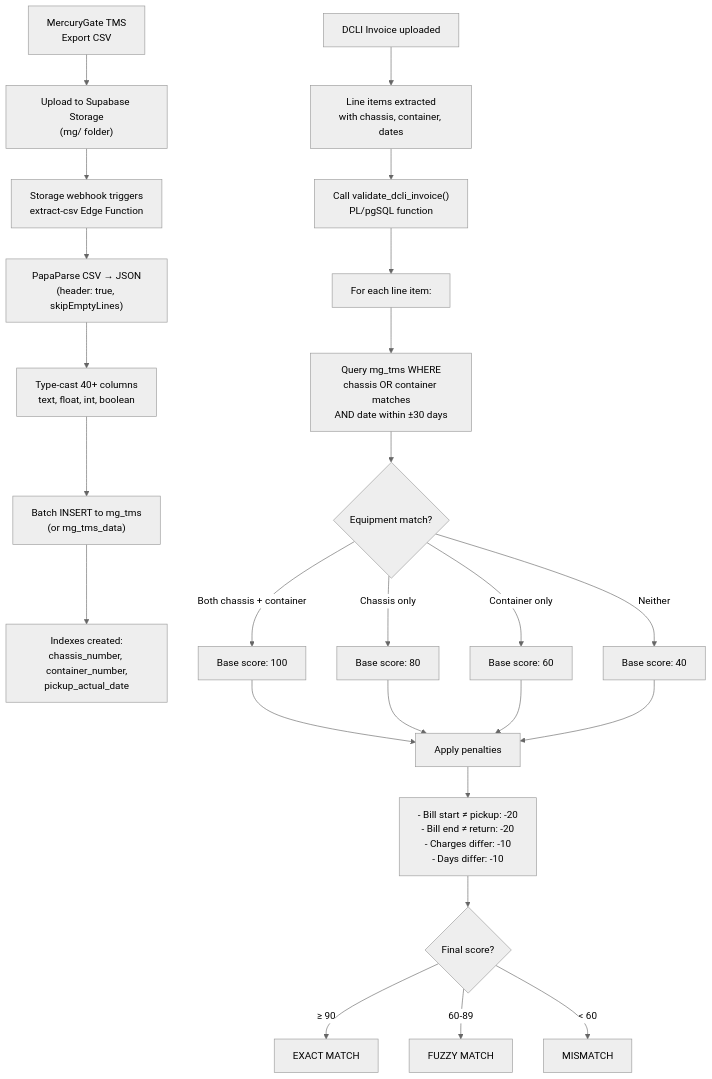
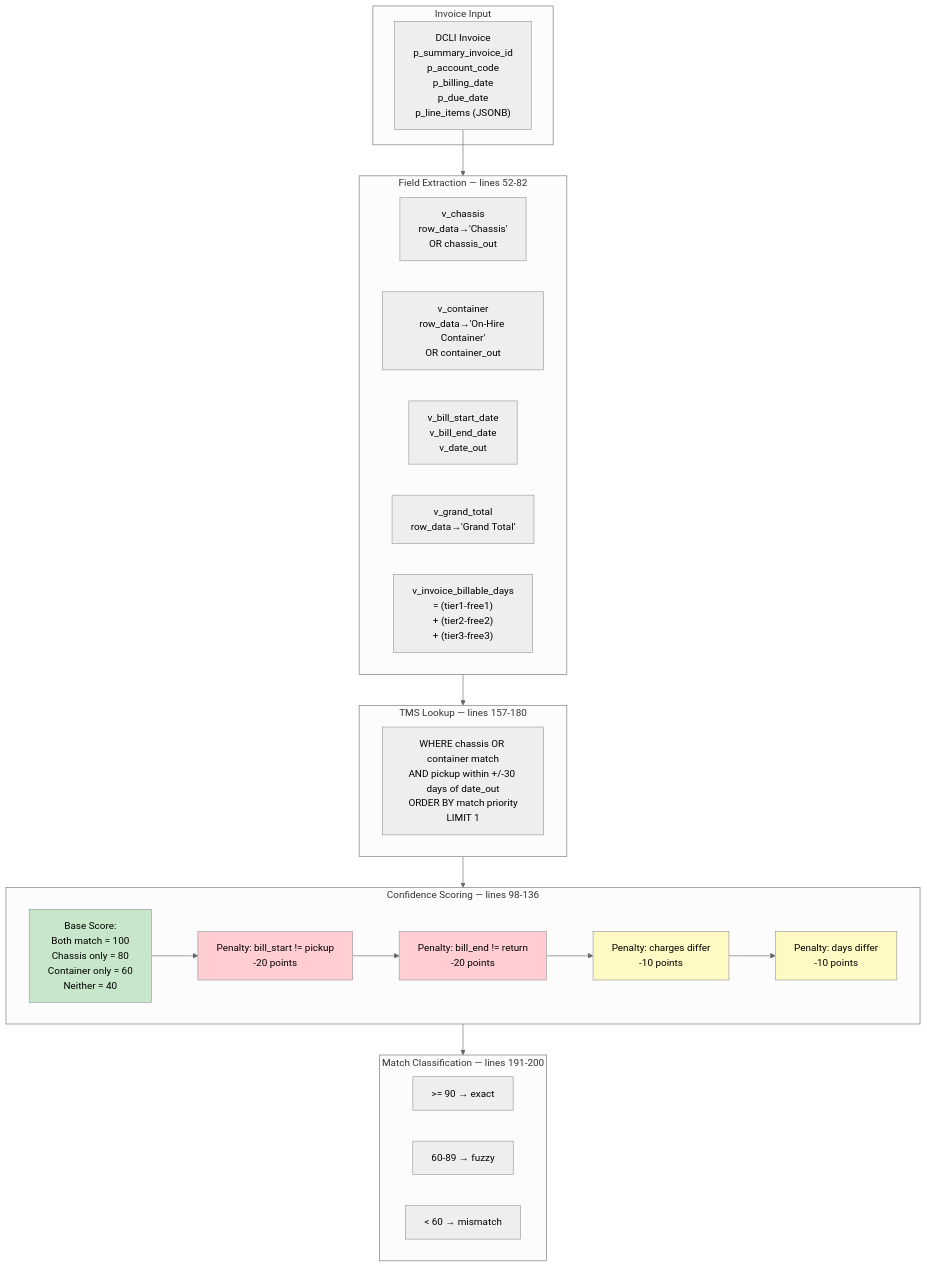
The fourth of 14 diagrams in BUSINESS_LOGIC_REPORT.md (RichKingsASU/chassis-compass-navigator), drawn with Mermaid (neutral theme) before and after one commit. The commit also changed other lines of this file, not shown here.

First line of the commit message:
Update BUSINESS_LOGIC_REPORT.md with PASS 2 — verified file:line refs, corrected data

````diff
--- a/BUSINESS_LOGIC_REPORT.md
+++ b/BUSINESS_LOGIC_REPORT.md
@@ -393,28 +309,44 @@
 ```mermaid
-flowchart TD
-    A["MercuryGate TMS<br/>Export CSV"] --> B["Upload to Supabase Storage<br/>(mg/ folder)"]
-    B --> C["Storage webhook triggers<br/>extract-csv Edge Function"]
-    C --> D["PapaParse CSV → JSON<br/>(header: true, skipEmptyLines)"]
-    D --> E["Type-cast 40+ columns<br/>text, float, int, boolean"]
-    E --> F["Batch INSERT to mg_tms<br/>(or mg_tms_data)"]
-    F --> G["Indexes created:<br/>chassis_number, container_number,<br/>pickup_actual_date"]
+flowchart TB
+    subgraph Input["Invoice Input"]
+        INV["DCLI Invoice<br/>p_summary_invoice_id<br/>p_account_code<br/>p_billing_date<br/>p_due_date<br/>p_line_items (JSONB)"]
+    end
 
-    H["DCLI Invoice uploaded"] --> I["Line items extracted<br/>with chassis, container, dates"]
-    I --> J["Call validate_dcli_invoice()<br/>PL/pgSQL function"]
-    J --> K["For each line item:"]
-    K --> L["Query mg_tms WHERE<br/>chassis OR container matches<br/>AND date within ±30 days"]
-    L --> M{"Equipment match?"}
-    M -->|Both chassis + container| N["Base score: 100"]
-    M -->|Chassis only| O["Base score: 80"]
-    M -->|Container only| P["Base score: 60"]
-    M -->|Neither| Q["Base score: 40"]
-    N --> R["Apply penalties"]
-    O --> R
-    P --> R
-    Q --> R
-    R --> S["- Bill start ≠ pickup: -20<br/>- Bill end ≠ return: -20<br/>- Charges differ: -10<br/>- Days differ: -10"]
-    S --> T{"Final score?"}
-    T -->|"≥ 90"| U["EXACT MATCH"]
-    T -->|"60-89"| V["FUZZY MATCH"]
-    T -->|"< 60"| W["MISMATCH"]
+    subgraph Extraction["Field Extraction — lines 52-82"]
+        CHASSIS["v_chassis<br/>row_data→'Chassis'<br/>OR chassis_out"]
+        CONTAINER["v_container<br/>row_data→'On-Hire Container'<br/>OR container_out"]
+        DATES["v_bill_start_date<br/>v_bill_end_date<br/>v_date_out"]
+        CHARGES["v_grand_total<br/>row_data→'Grand Total'"]
+        DAYS["v_invoice_billable_days<br/>= (tier1-free1)<br/>+ (tier2-free2)<br/>+ (tier3-free3)"]
+    end
+
+    subgraph Scoring["Confidence Scoring — lines 98-136"]
+        BASE["Base Score:<br/>Both match = 100<br/>Chassis only = 80<br/>Container only = 60<br/>Neither = 40"]
+        PEN1["Penalty: bill_start != pickup<br/>-20 points"]
+        PEN2["Penalty: bill_end != return<br/>-20 points"]
+        PEN3["Penalty: charges differ<br/>-10 points"]
+        PEN4["Penalty: days differ<br/>-10 points"]
+    end
+
+    subgraph Match["Match Classification — lines 191-200"]
+        EXACT[">= 90 → exact"]
+        FUZZY["60-89 → fuzzy"]
+        MISMATCH["< 60 → mismatch"]
+    end
+
+    subgraph TMS["TMS Lookup — lines 157-180"]
+        WHERE["WHERE chassis OR container match<br/>AND pickup within +/-30 days of date_out<br/>ORDER BY match priority<br/>LIMIT 1"]
+    end
+
+    INV --> Extraction
+    Extraction --> TMS
+    TMS --> Scoring
+    BASE --> PEN1 --> PEN2 --> PEN3 --> PEN4
+    Scoring --> Match
+
+    style BASE fill:#c8e6c9
+    style PEN1 fill:#ffcdd2
+    style PEN2 fill:#ffcdd2
+    style PEN3 fill:#fff9c4
+    style PEN4 fill:#fff9c4
 ```
````
